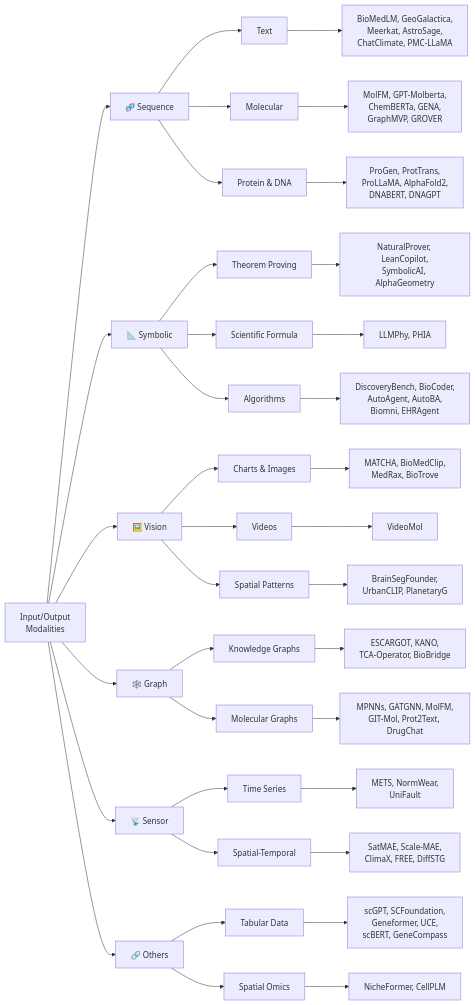
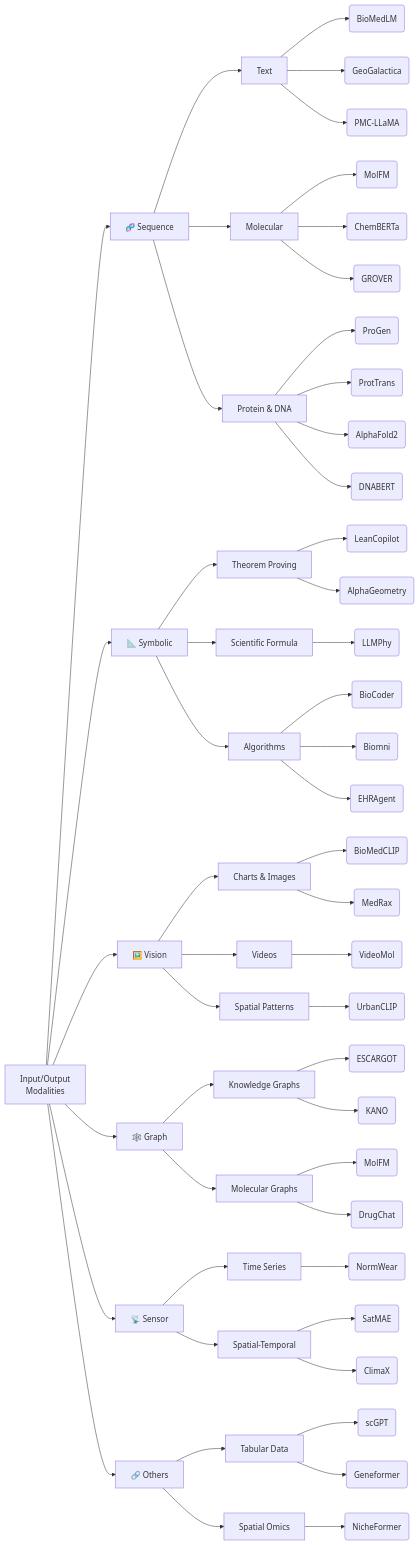
The first of 2 diagrams in README.md (JianJinglin/awesome-agentic-AIScientists), drawn with Mermaid before and after one commit. The commit also changed other lines of this file, not shown here.

Commit message:
Add clickable paper links to Mermaid taxonomy diagrams
Each paper node now links directly to its arxiv/publication page.
Click any paper name in the diagram to open the paper in a new tab.

🤖 Generated with [Claude Code](https://claude.com/claude-code)

````diff
--- a/README.md
+++ b/README.md
@@ -66,41 +66,87 @@
     B --> B2[Molecular]
     B --> B3[Protein & DNA]
 
-    B1 --> B1p[BioMedLM, GeoGalactica,<br>Meerkat, AstroSage,<br>ChatClimate, PMC-LLaMA]
-    B2 --> B2p[MolFM, GPT-Molberta,<br>ChemBERTa, GENA,<br>GraphMVP, GROVER]
-    B3 --> B3p[ProGen, ProtTrans,<br>ProLLaMA, AlphaFold2,<br>DNABERT, DNAGPT]
+    B1 --> B1a(BioMedLM)
+    B1 --> B1b(GeoGalactica)
+    B1 --> B1c(PMC-LLaMA)
+    B2 --> B2a(MolFM)
+    B2 --> B2b(ChemBERTa)
+    B2 --> B2c(GROVER)
+    B3 --> B3a(ProGen)
+    B3 --> B3b(ProtTrans)
+    B3 --> B3c(AlphaFold2)
+    B3 --> B3d(DNABERT)
 
     C --> C1[Theorem Proving]
     C --> C2[Scientific Formula]
     C --> C3[Algorithms]
 
-    C1 --> C1p[NaturalProver, LeanCopilot,<br>SymbolicAI, AlphaGeometry]
-    C2 --> C2p[LLMPhy, PHIA]
-    C3 --> C3p[DiscoveryBench, BioCoder,<br>AutoAgent, AutoBA,<br>Biomni, EHRAgent]
+    C1 --> C1a(LeanCopilot)
+    C1 --> C1b(AlphaGeometry)
+    C2 --> C2a(LLMPhy)
+    C3 --> C3a(BioCoder)
+    C3 --> C3b(Biomni)
+    C3 --> C3c(EHRAgent)
 
     D --> D1[Charts & Images]
     D --> D2[Videos]
     D --> D3[Spatial Patterns]
 
-    D1 --> D1p[MATCHA, BioMedClip,<br>MedRax, BioTrove]
-    D2 --> D2p[VideoMol]
-    D3 --> D3p[BrainSegFounder,<br>UrbanCLIP, PlanetaryG]
+    D1 --> D1a(BioMedCLIP)
+    D1 --> D1b(MedRax)
+    D2 --> D2a(VideoMol)
+    D3 --> D3a(UrbanCLIP)
 
     E --> E1[Knowledge Graphs]
     E --> E2[Molecular Graphs]
 
-    E1 --> E1p[ESCARGOT, KANO,<br>TCA-Operator, BioBridge]
-    E2 --> E2p[MPNNs, GATGNN, MolFM,<br>GIT-Mol, Prot2Text, DrugChat]
+    E1 --> E1a(ESCARGOT)
+    E1 --> E1b(KANO)
+    E2 --> E2a(MolFM)
+    E2 --> E2b(DrugChat)
 
     F --> F1[Time Series]
     F --> F2[Spatial-Temporal]
 
-    F1 --> F1p[METS, NormWear,<br>UniFault]
-    F2 --> F2p[SatMAE, Scale-MAE,<br>ClimaX, FREE, DiffSTG]
+    F1 --> F1a(NormWear)
+    F2 --> F2a(SatMAE)
+    F2 --> F2b(ClimaX)
 
     G --> G1[Tabular Data]
     G --> G2[Spatial Omics]
 
-    G1 --> G1p[scGPT, SCFoundation,<br>Geneformer, UCE,<br>scBERT, GeneCompass]
-    G2 --> G2p[NicheFormer, CellPLM]
+    G1 --> G1a(scGPT)
+    G1 --> G1b(Geneformer)
+    G2 --> G2a(NicheFormer)
+
+    click B1a "https://arxiv.org/abs/2211.08561" _blank
+    click B1b "https://arxiv.org/abs/2311.01760" _blank
+    click B1c "https://arxiv.org/abs/2305.09617" _blank
+    click B2a "https://arxiv.org/abs/2307.09484" _blank
+    click B2b "https://arxiv.org/abs/2209.01712" _blank
+    click B2c "https://arxiv.org/abs/2007.02835" _blank
+    click B3a "https://arxiv.org/abs/2004.03497" _blank
+    click B3b "https://ieeexplore.ieee.org/document/9477085" _blank
+    click B3c "https://www.nature.com/articles/s41586-021-03819-2" _blank
+    click B3d "https://academic.oup.com/bioinformatics/article/37/15/2112/6128680" _blank
+    click C1a "https://arxiv.org/abs/2404.18564" _blank
+    click C1b "https://www.nature.com/articles/s41586-023-06924-6" _blank
+    click C2a "https://arxiv.org/abs/2411.08027" _blank
+    click C3a "https://arxiv.org/abs/2308.16458" _blank
+    click C3b "https://arxiv.org/abs/2412.00637" _blank
+    click C3c "https://arxiv.org/abs/2401.07128" _blank
+    click D1a "https://arxiv.org/abs/2303.00915" _blank
+    click D1b "https://arxiv.org/abs/2502.02673" _blank
+    click D2a "https://arxiv.org/abs/2406.00614" _blank
+    click D3a "https://arxiv.org/abs/2310.18340" _blank
+    click E1a "https://academic.oup.com/bioinformatics/article/41/2/btaf031/7972741" _blank
+    click E1b "https://arxiv.org/abs/2303.01807" _blank
+    click E2a "https://arxiv.org/abs/2307.09484" _blank
+    click E2b "https://arxiv.org/abs/2309.03907" _blank
+    click F1a "https://arxiv.org/abs/2408.11964" _blank
+    click F2a "https://arxiv.org/abs/2207.08051" _blank
+    click F2b "https://arxiv.org/abs/2301.10343" _blank
+    click G1a "https://www.nature.com/articles/s41592-024-02201-0" _blank
+    click G1b "https://www.nature.com/articles/s41586-023-06139-9" _blank
+    click G2a "https://www.biorxiv.org/content/10.1101/2024.04.15.589472" _blank
 ```
````
